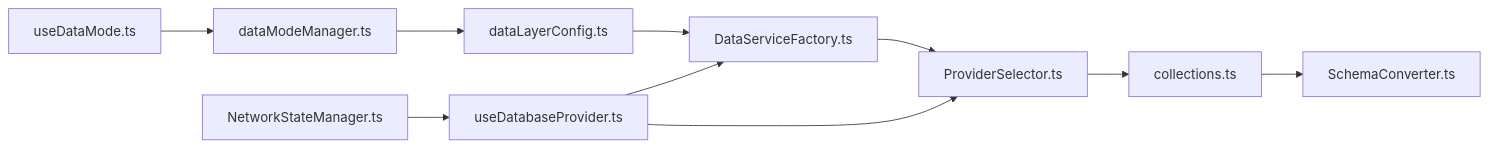
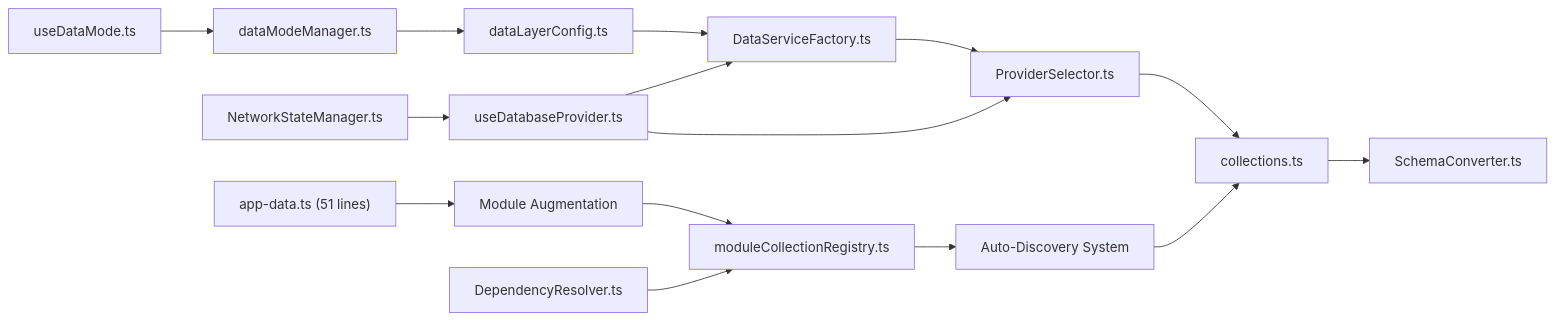
Diagram 14 of 14 in .qoder/repowiki/en/content/Data Layer/Data Layer.md (geniusdynamics/schoolpilot), drawn with Mermaid before and after one commit. The commit also changed other lines of this file and 54 other files, not shown here.

````diff
--- a/.qoder/repowiki/en/content/Data Layer/Data Layer.md
+++ b/.qoder/repowiki/en/content/Data Layer/Data Layer.md
@@ -363,12 +568,17 @@
 ```mermaid
 graph LR
 Config["dataLayerConfig.ts"] --> Factory["DataServiceFactory.ts"]
 Factory --> Manager["ProviderSelector.ts"]
 Manager --> Collections["collections.ts"]
 Collections --> Converter["SchemaConverter.ts"]
 Hook["useDatabaseProvider.ts"] --> Factory
 Hook --> Manager
 ModeHook["useDataMode.ts"] --> ModeMgr["dataModeManager.ts"]
 ModeMgr --> Config
 Net["NetworkStateManager.ts"] --> Hook
+Types["app-data.ts (51 lines)"] --> ModuleAug["Module Augmentation"]
+ModuleAug --> Registry["moduleCollectionRegistry.ts"]
+Registry --> AutoDiscover["Auto-Discovery System"]
+AutoDiscover --> Collections
+DepResolver["DependencyResolver.ts"] --> Registry
 ```
````
